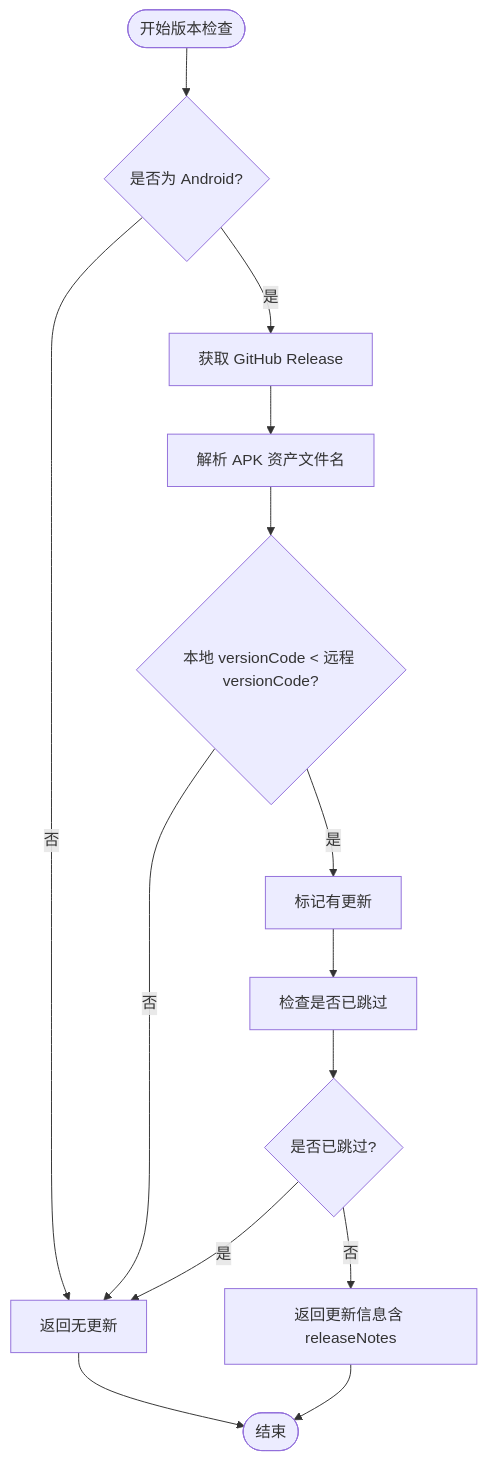
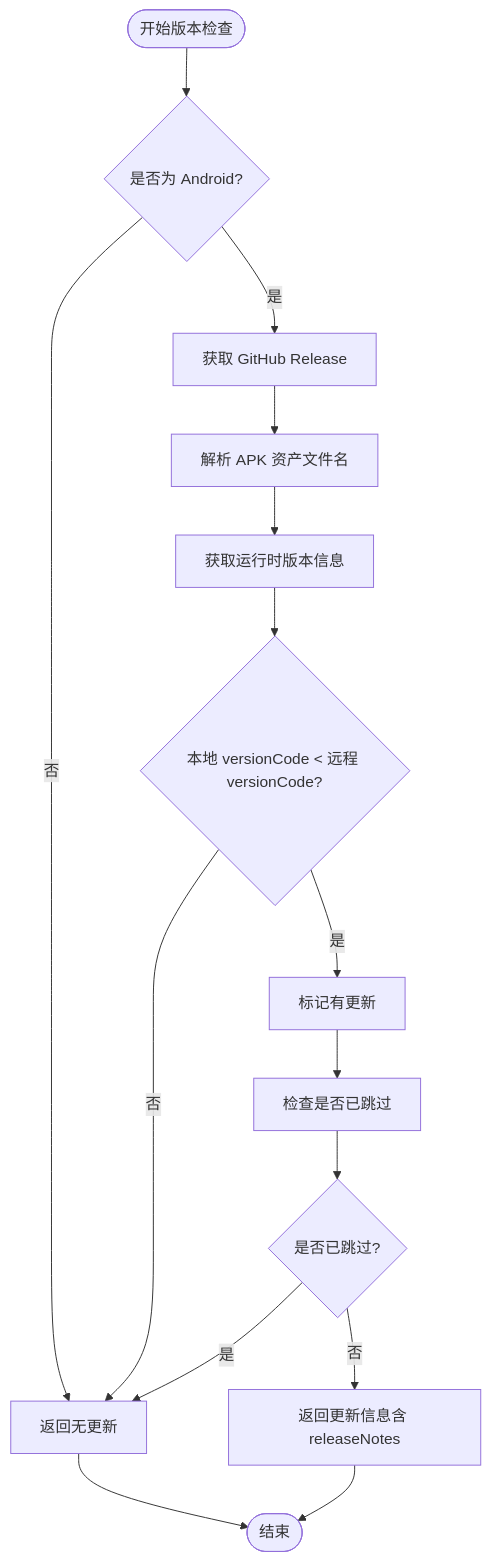
The fourth of 9 diagrams in .qoder/repowiki/zh/content/核心功能模块/应用程序更新系统.md (tea4go/Macro-Deck-Client-App), drawn with Mermaid before and after one commit. The commit also changed other lines of this file and 57 other files, not shown here.

````diff
--- a/.qoder/repowiki/zh/content/核心功能模块/应用程序更新系统.md
+++ b/.qoder/repowiki/zh/content/核心功能模块/应用程序更新系统.md
@@ -294,16 +249,17 @@
 ```mermaid
 flowchart TD
 Start([开始版本检查]) --> Platform{是否为 Android?}
 Platform --> |否| NoUpdate[返回无更新]
 Platform --> |是| Fetch[获取 GitHub Release]
 Fetch --> Parse[解析 APK 资产文件名]
-Parse --> Compare{本地 versionCode < 远程 versionCode?}
+Parse --> GetRuntime[获取运行时版本信息]
+GetRuntime --> Compare{本地 versionCode < 远程 versionCode?}
 Compare --> |是| HasUpdate[标记有更新]
 Compare --> |否| NoUpdate
 HasUpdate --> SkipCheck[检查是否已跳过]
 SkipCheck --> Skipped{是否已跳过?}
 Skipped --> |是| NoUpdate
 Skipped --> |否| ReturnInfo[返回更新信息含 releaseNotes]
 NoUpdate --> End([结束])
 ReturnInfo --> End
 ```
````
